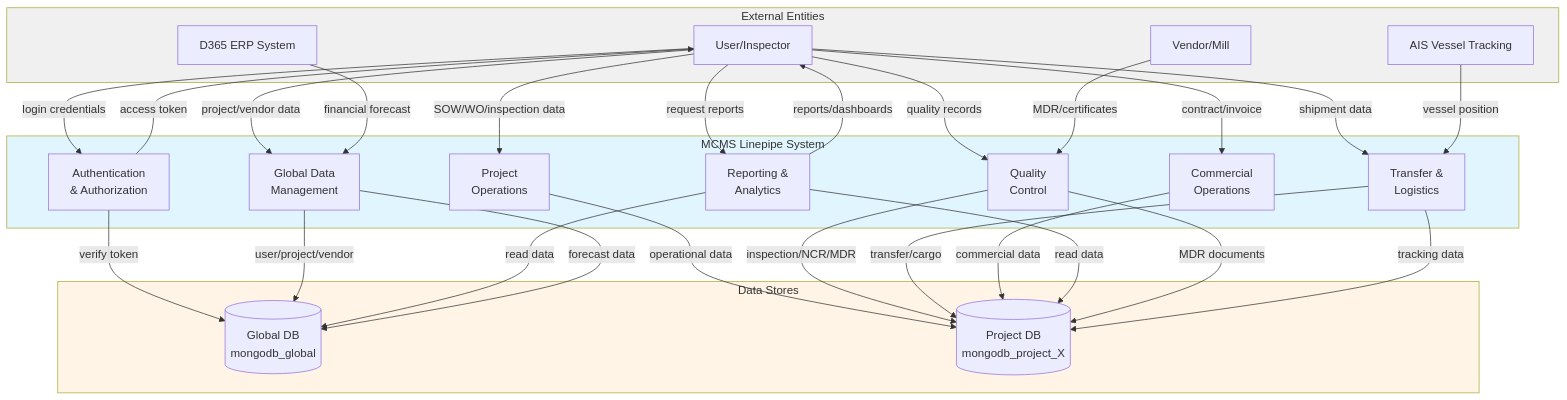
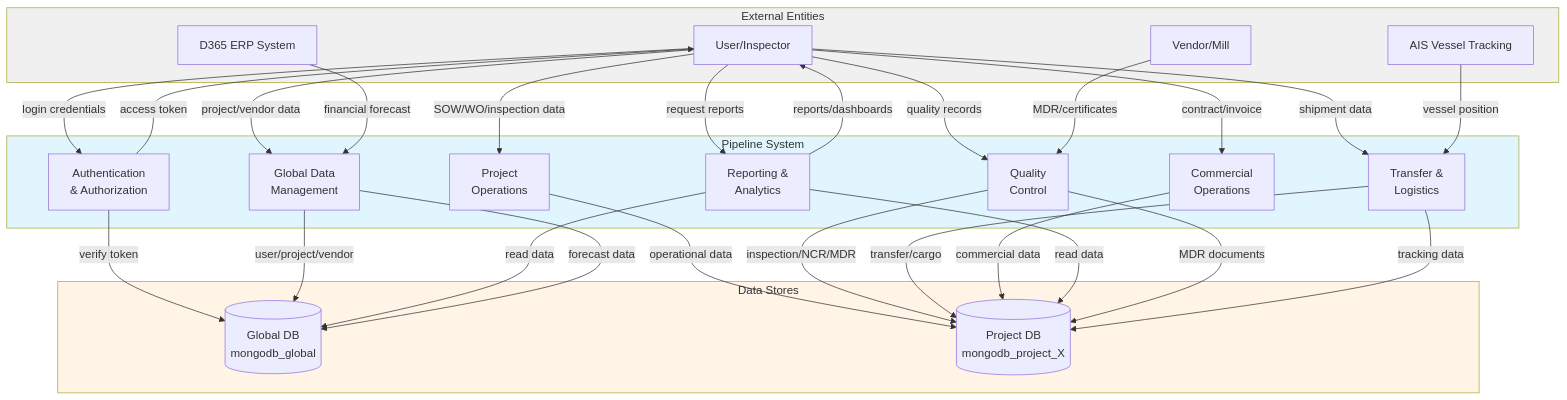
Before and after one commit to faizalmuzakki/pipeline-docs: the first of 12 diagrams in docs/TDD/07-Data-Flow-Diagrams.md, drawn with Mermaid. The commit also changed other lines of this file and 35 other files, not shown here.

````diff
--- a/docs/TDD/07-Data-Flow-Diagrams.md
+++ b/docs/TDD/07-Data-Flow-Diagrams.md
@@ -15,61 +15,61 @@
 ```mermaid
 graph TB
     subgraph External["External Entities"]
         USER[User/Inspector]
         VENDOR[Vendor/Mill]
         D365[D365 ERP System]
         AIS[AIS Vessel Tracking]
     end
 
-    subgraph MCMS["MCMS Linepipe System"]
+    subgraph MCMS["Pipeline System"]
         AUTH[Authentication<br/>& Authorization]
         GLOBAL[Global Data<br/>Management]
         PROJECT[Project<br/>Operations]
         QUALITY[Quality<br/>Control]
         LOGISTICS[Transfer &<br/>Logistics]
         COMMERCIAL[Commercial<br/>Operations]
         REPORTING[Reporting &<br/>Analytics]
     end
 
     subgraph Data["Data Stores"]
         GLOBALDB[(Global DB<br/>mongodb_global)]
         PROJECTDB[(Project DB<br/>mongodb_project_X)]
     end
 
     USER -->|login credentials| AUTH
     AUTH -->|access token| USER
     AUTH -->|verify token| GLOBALDB
 
     USER -->|project/vendor data| GLOBAL
     GLOBAL -->|user/project/vendor| GLOBALDB
 
     USER -->|SOW/WO/inspection data| PROJECT
     PROJECT -->|operational data| PROJECTDB
 
     USER -->|quality records| QUALITY
     QUALITY -->|inspection/NCR/MDR| PROJECTDB
 
     USER -->|shipment data| LOGISTICS
     LOGISTICS -->|transfer/cargo| PROJECTDB
 
     USER -->|contract/invoice| COMMERCIAL
     COMMERCIAL -->|commercial data| PROJECTDB
 
     USER -->|request reports| REPORTING
     REPORTING -->|read data| PROJECTDB
     REPORTING -->|read data| GLOBALDB
     REPORTING -->|reports/dashboards| USER
 
     VENDOR -->|MDR/certificates| QUALITY
     QUALITY -->|MDR documents| PROJECTDB
 
     D365 -->|financial forecast| GLOBAL
     GLOBAL -->|forecast data| GLOBALDB
 
     AIS -->|vessel position| LOGISTICS
     LOGISTICS -->|tracking data| PROJECTDB
 
     style MCMS fill:#e1f5ff
     style Data fill:#fff4e6
     style External fill:#f0f0f0
 ```
````
